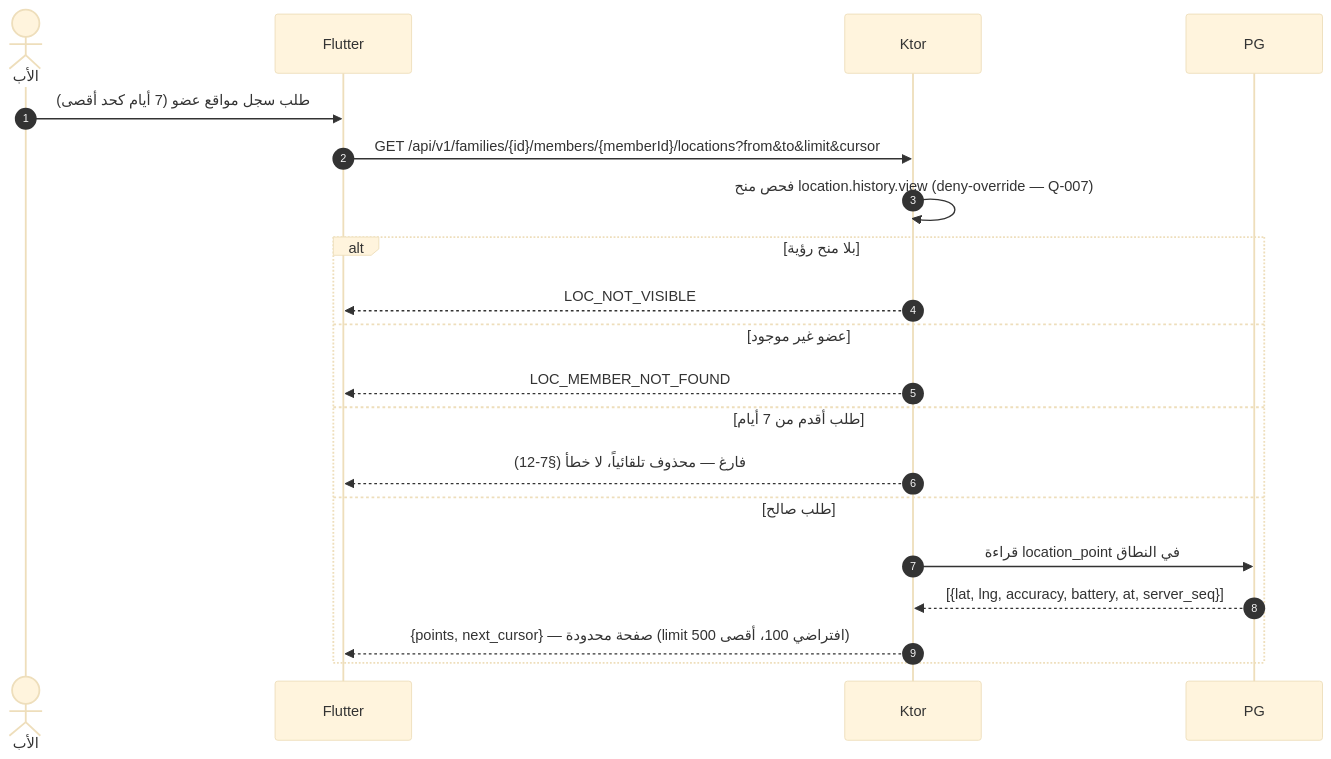
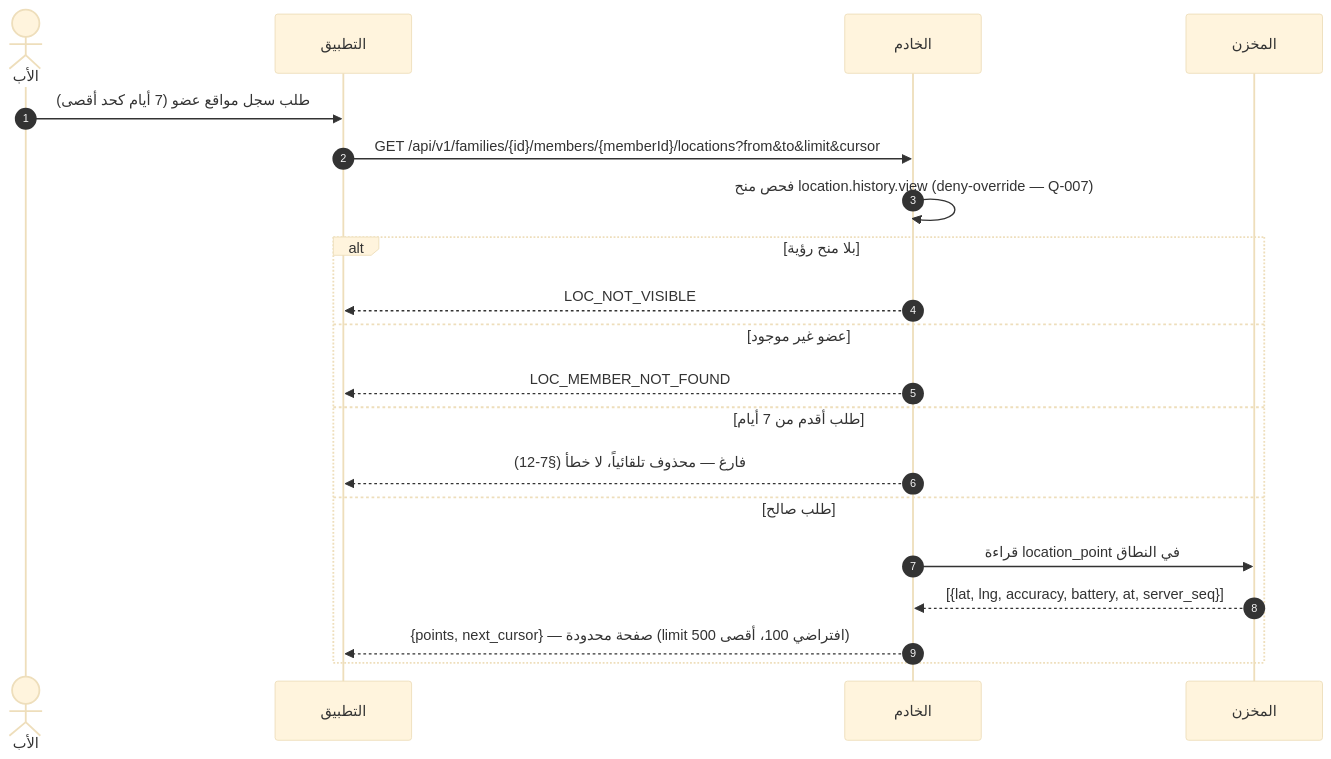
Before and after one commit to Bassam-mohammed-alqaeadi/family-os-v2: the ninth of 13 diagrams in docs/family-os/governance/phases/phase-1/S1-07-location-basic/DIAGRAMS.md, drawn with Mermaid (base theme). The commit also changed other lines of this file and 2 other files, not shown here.

First line of the commit message:
R2-CI-05 (P3): فحص Mermaid يتحقق من اتجاه إعلان المشاركين (R5-1) + قلب 26 إعلاناً معكوساً

````diff
--- a/docs/family-os/governance/phases/phase-1/S1-07-location-basic/DIAGRAMS.md
+++ b/docs/family-os/governance/phases/phase-1/S1-07-location-basic/DIAGRAMS.md
@@ -353,22 +353,22 @@
 ```mermaid
 sequenceDiagram
     autonumber
     actor Father as الأب
-    participant التطبيق as Flutter
-    participant الخادم as Ktor
-    participant المخزن as PG
-    Father->>التطبيق: طلب سجل مواقع عضو (7 أيام كحد أقصى)
-    التطبيق->>الخادم: GET /api/v1/families/{id}/members/{memberId}/locations?from&to&limit&cursor
-    الخادم->>الخادم: فحص منح location.history.view (deny-override — Q-007)
+    participant Flutter as التطبيق
+    participant Ktor as الخادم
+    participant PG as المخزن
+    Father->>Flutter: طلب سجل مواقع عضو (7 أيام كحد أقصى)
+    Flutter->>Ktor: GET /api/v1/families/{id}/members/{memberId}/locations?from&to&limit&cursor
+    Ktor->>Ktor: فحص منح location.history.view (deny-override — Q-007)
     alt بلا منح رؤية
-        الخادم-->>التطبيق: LOC_NOT_VISIBLE
+        Ktor-->>Flutter: LOC_NOT_VISIBLE
     else عضو غير موجود
-        الخادم-->>التطبيق: LOC_MEMBER_NOT_FOUND
+        Ktor-->>Flutter: LOC_MEMBER_NOT_FOUND
     else طلب أقدم من 7 أيام
-        الخادم-->>التطبيق: فارغ — محذوف تلقائياً، لا خطأ (§7-12)
+        Ktor-->>Flutter: فارغ — محذوف تلقائياً، لا خطأ (§7-12)
     else طلب صالح
-        الخادم->>المخزن: قراءة location_point في النطاق
-        المخزن-->>الخادم: [{lat, lng, accuracy, battery, at, server_seq}]
-        الخادم-->>التطبيق: {points, next_cursor} — صفحة محدودة (limit افتراضي 100، أقصى 500)
+        Ktor->>PG: قراءة location_point في النطاق
+        PG-->>Ktor: [{lat, lng, accuracy, battery, at, server_seq}]
+        Ktor-->>Flutter: {points, next_cursor} — صفحة محدودة (limit افتراضي 100، أقصى 500)
     end
 ```
````
